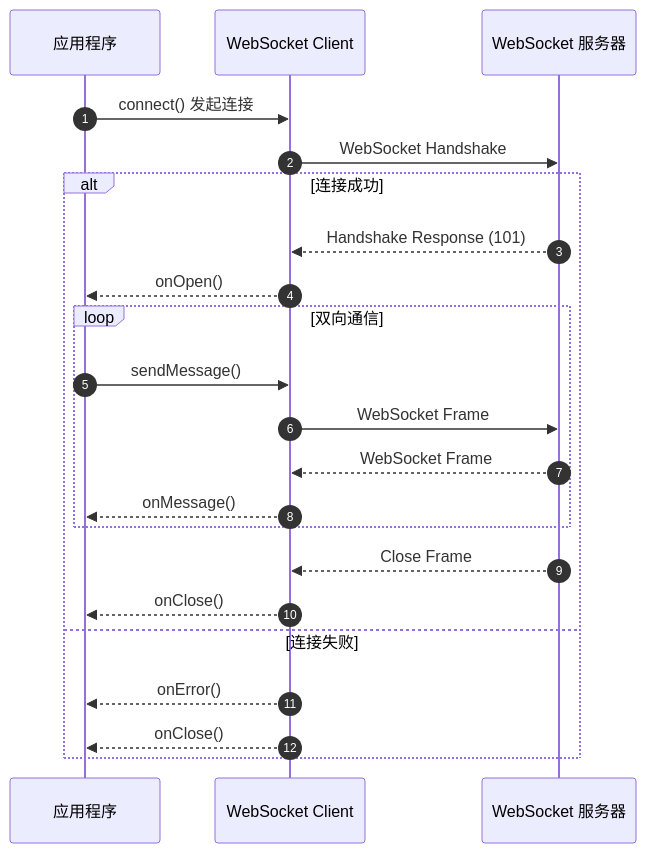
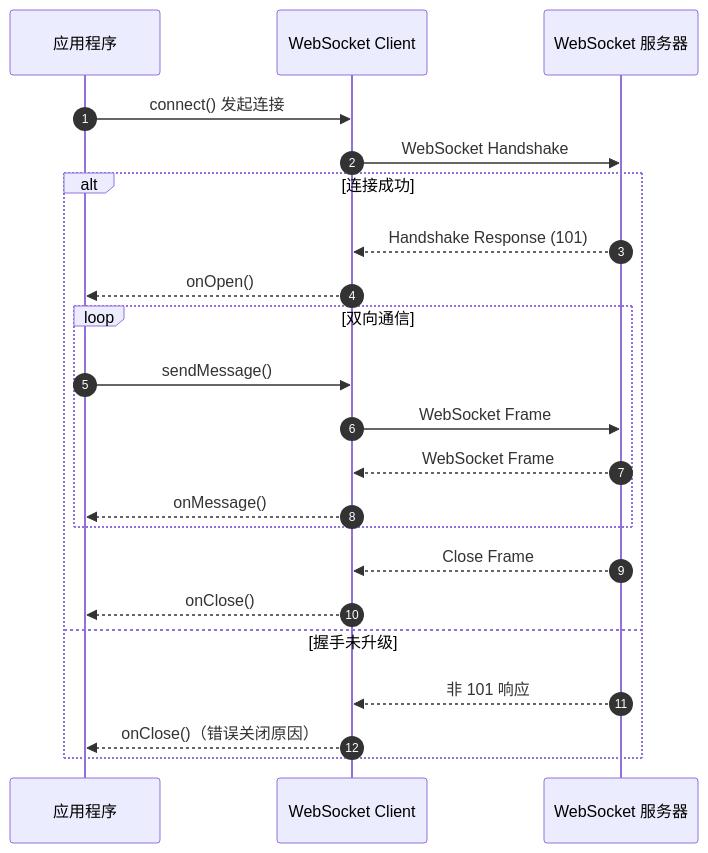
The diagram in pages/src/content/docs/client/ws_client.mdx (smartboot/feat), drawn with Mermaid before and after one commit. The commit also changed other lines of this file and 5 other files, not shown here.

````diff
--- a/pages/src/content/docs/client/ws_client.mdx
+++ b/pages/src/content/docs/client/ws_client.mdx
@@ -145,28 +148,28 @@
 ```mermaid
 sequenceDiagram
     autonumber
     participant App as 应用程序
     participant Client as WebSocket Client
     participant Server as WebSocket 服务器
 
     App->>Client: connect() 发起连接
     Client->>Server: WebSocket Handshake
     
     alt 连接成功
         Server-->>Client: Handshake Response (101)
         Client-->>App: onOpen()
         
         loop 双向通信
             App->>Client: sendMessage()
             Client->>Server: WebSocket Frame
             Server-->>Client: WebSocket Frame
             Client-->>App: onMessage()
         end
         
         Server-->>Client: Close Frame
         Client-->>App: onClose()
-    else 连接失败
-        Client-->>App: onError()
-        Client-->>App: onClose()
+    else 握手未升级
+        Server-->>Client: 非 101 响应
+        Client-->>App: onClose()（错误关闭原因）
     end
 ```
````
